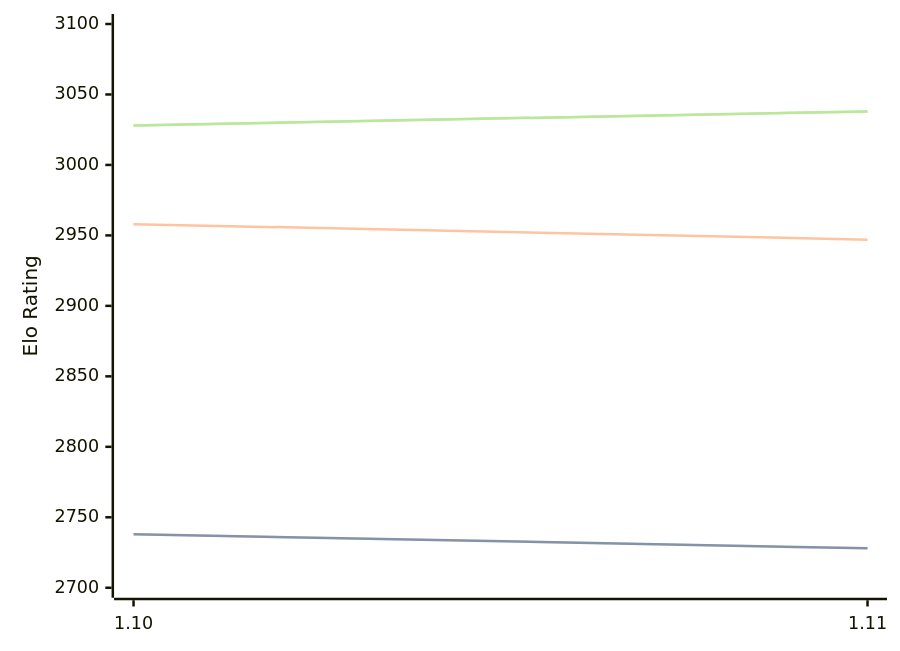
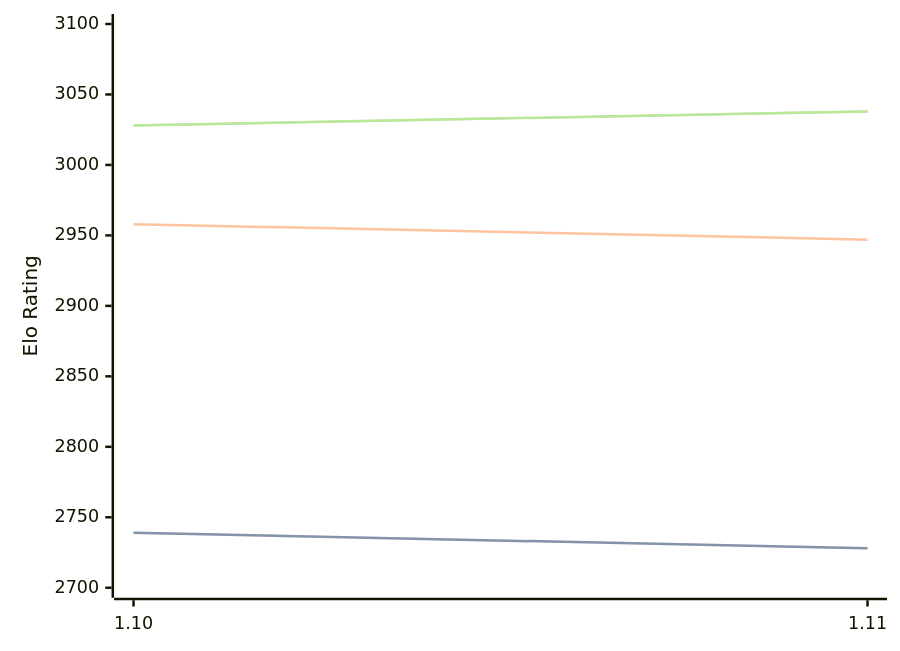
The diagram in engines/Roc.md (computer-chess-index/cci), drawn with Mermaid before and after one commit. The commit also changed other lines of this file, not shown here.

````diff
--- a/engines/Roc.md
+++ b/engines/Roc.md
@@ -42,11 +42,11 @@
 ```mermaid
 %%{init: {"theme":"base","themeVariables":{"seriesColors:['#a3a3a3','#222221','#faa371']}}}%%
 xychart-beta
   x-axis ["1.10", "1.11"]
   y-axis "Elo Rating" 2700 --> 3100
-  line "" [2738, 2728]
-  line "STC (8.0+0.08s)" [2738, 2728]
+  line "" [2739, 2728]
+  line "STC (8.0+0.08s)" [2739, 2728]
   line "LTC (60.0+0.60s)" [2958, 2947]
   line "" [3028, 3038]
   line "VLTC (2m24s+1.12s)" [3028, 3038]
 ```
````
